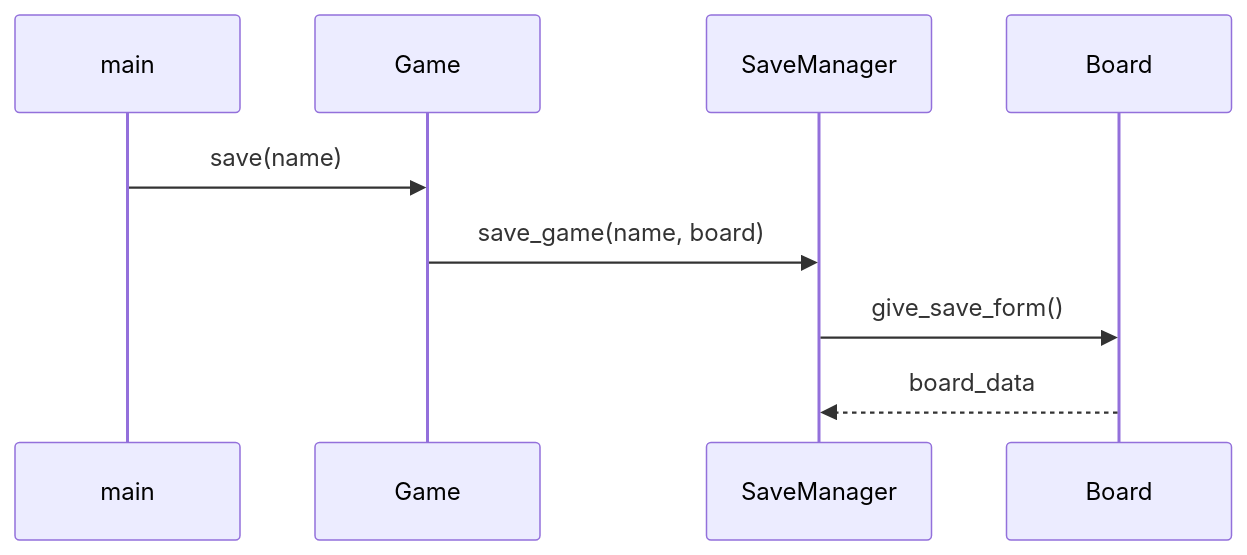
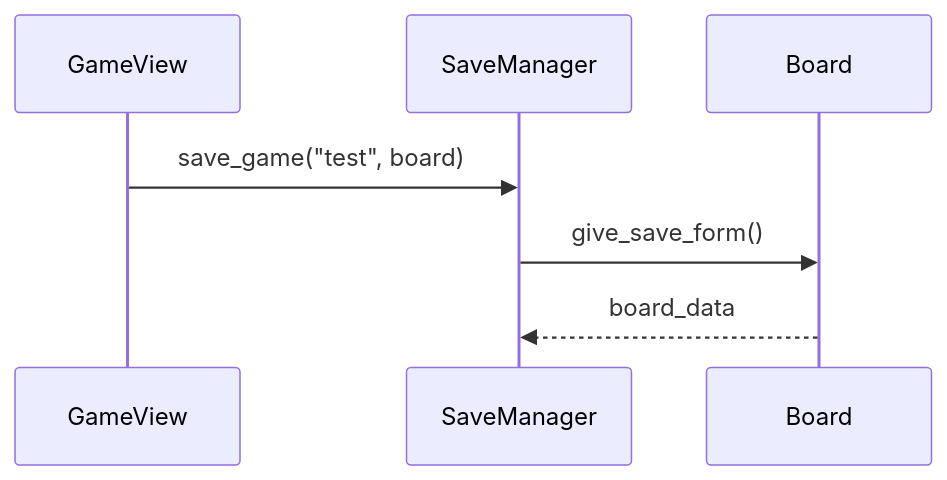
One commit to Jhy9/ot-harjoitustyo changed the fourth of 7 diagrams in dokumentaatio/arkkitehtuuri.md. Above: the diagram before and after it, drawn with Mermaid. The commit also changed other lines of this file, not shown here.

````diff
--- a/dokumentaatio/arkkitehtuuri.md
+++ b/dokumentaatio/arkkitehtuuri.md
@@ -23,8 +54,7 @@
 ```mermaid
 sequenceDiagram
 
-main ->> Game:save(name)
-Game ->> SaveManager: save_game(name, board)
+GameView ->> SaveManager: save_game("test", board)
 SaveManager ->> Board: give_save_form()
 Board -->> SaveManager: board_data
 ```
````
